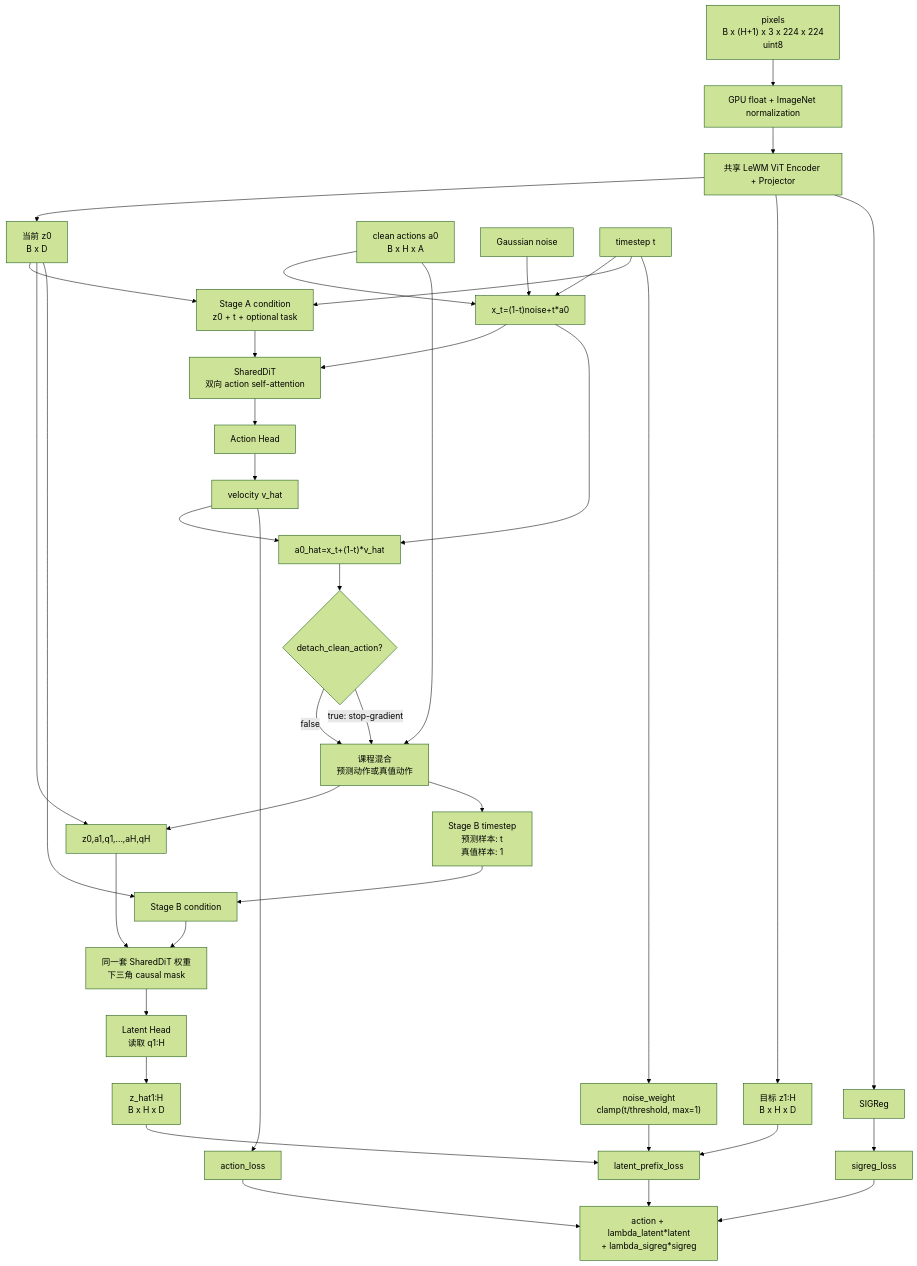
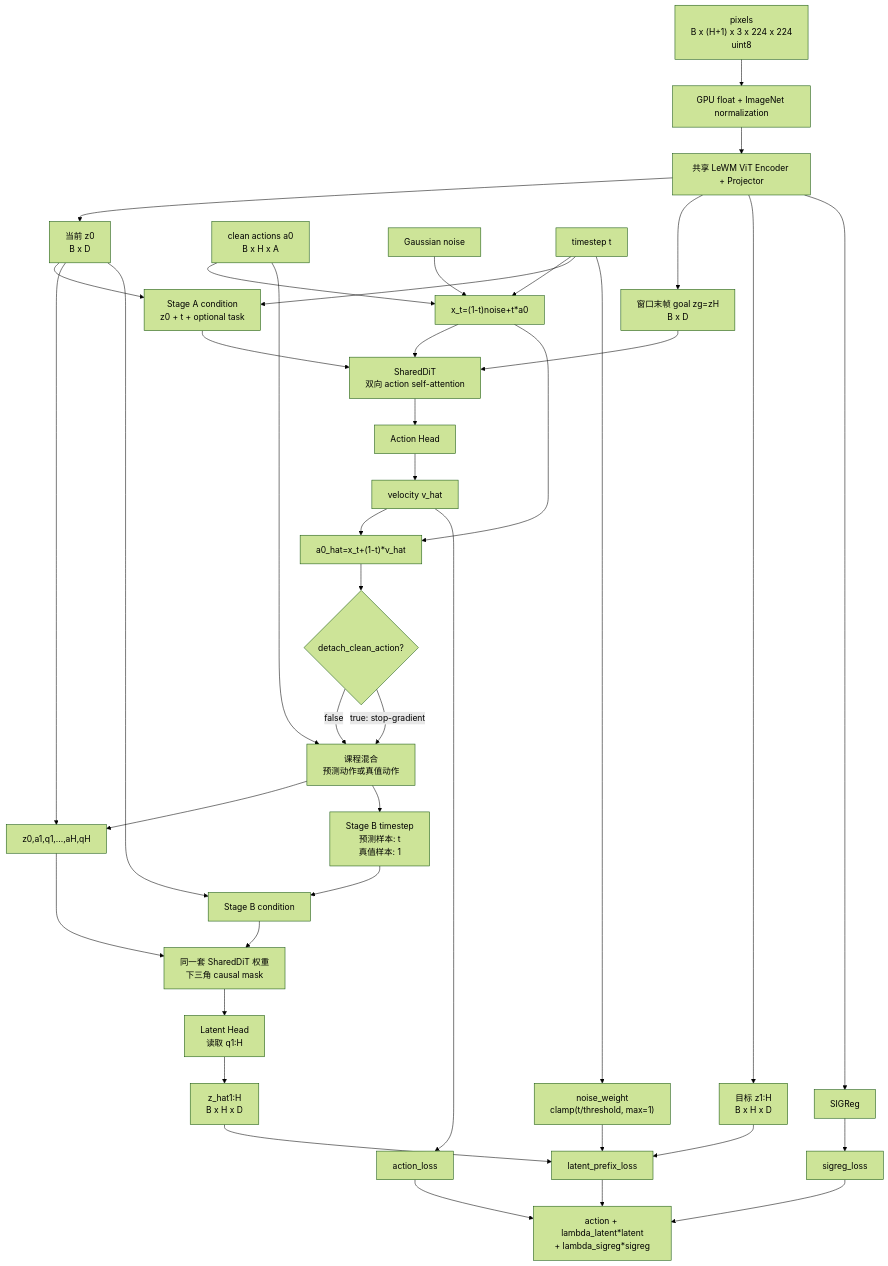
Before and after one commit to 040822/le-wm: the first of 6 diagrams in docs/fast_lewam_diagrams.md, drawn with Mermaid (forest theme). The commit also changed other lines of this file and 11 other files, not shown here.

````diff
--- a/docs/fast_lewam_diagrams.md
+++ b/docs/fast_lewam_diagrams.md
@@ -9,44 +9,46 @@
 ```mermaid
 flowchart TD
     PIX["pixels<br/>B x (H+1) x 3 x 224 x 224<br/>uint8"] --> NORM["GPU float + ImageNet normalization"]
     NORM --> ENC["共享 LeWM ViT Encoder + Projector"]
     ENC --> Z0["当前 z0<br/>B x D"]
+    ENC --> ZGTRAIN["窗口末帧 goal zg=zH<br/>B x D"]
     ENC --> ZTGT["目标 z1:H<br/>B x H x D"]
     ENC --> SIG["SIGReg"]
 
     ACT["clean actions a0<br/>B x H x A"] --> FLOW["x_t=(1-t)noise+t*a0"]
     NOISE["Gaussian noise"] --> FLOW
     TIME["timestep t"] --> FLOW
     Z0 --> CONDA["Stage A condition<br/>z0 + t + optional task"]
     TIME --> CONDA
     FLOW --> DITA["SharedDiT<br/>双向 action self-attention"]
     CONDA --> DITA
+    ZGTRAIN --> DITA
     DITA --> AHEAD["Action Head"]
     AHEAD --> VEL["velocity v_hat"]
     VEL --> CLEAN["a0_hat=x_t+(1-t)*v_hat"]
     FLOW --> CLEAN
 
     CLEAN --> DETACH{"detach_clean_action?"}
     DETACH -->|false| MIX["课程混合<br/>预测动作或真值动作"]
     DETACH -->|true: stop-gradient| MIX
     ACT --> MIX
     MIX --> BTOK["z0,a1,q1,...,aH,qH"]
     MIX --> BTIME["Stage B timestep<br/>预测样本: t<br/>真值样本: 1"]
     Z0 --> BTOK
     BTOK --> DITB["同一套 SharedDiT 权重<br/>下三角 causal mask"]
     Z0 --> CONDB["Stage B condition"]
     BTIME --> CONDB
     CONDB --> DITB
     DITB --> LHEAD["Latent Head<br/>读取 q1:H"]
     LHEAD --> ZHAT["z_hat1:H<br/>B x H x D"]
 
     VEL --> LACT["action_loss"]
     ZHAT --> LLAT["latent_prefix_loss"]
     ZTGT --> LLAT
     TIME --> NW["noise_weight<br/>clamp(t/threshold, max=1)"]
     NW --> LLAT
     SIG --> LSIG["sigreg_loss"]
     LACT --> TOTAL["action + lambda_latent*latent<br/>+ lambda_sigreg*sigreg"]
     LLAT --> TOTAL
     LSIG --> TOTAL
 ```
````
